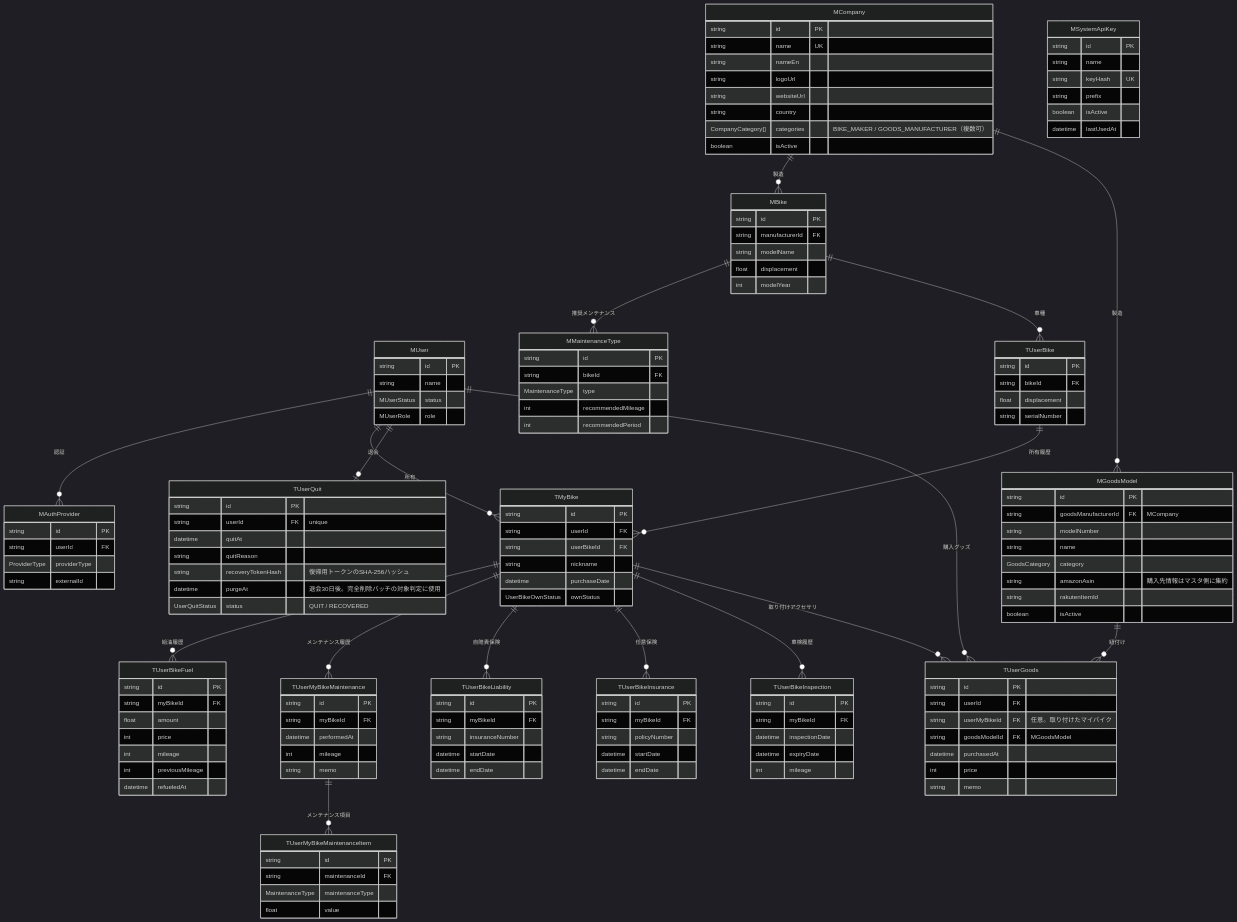
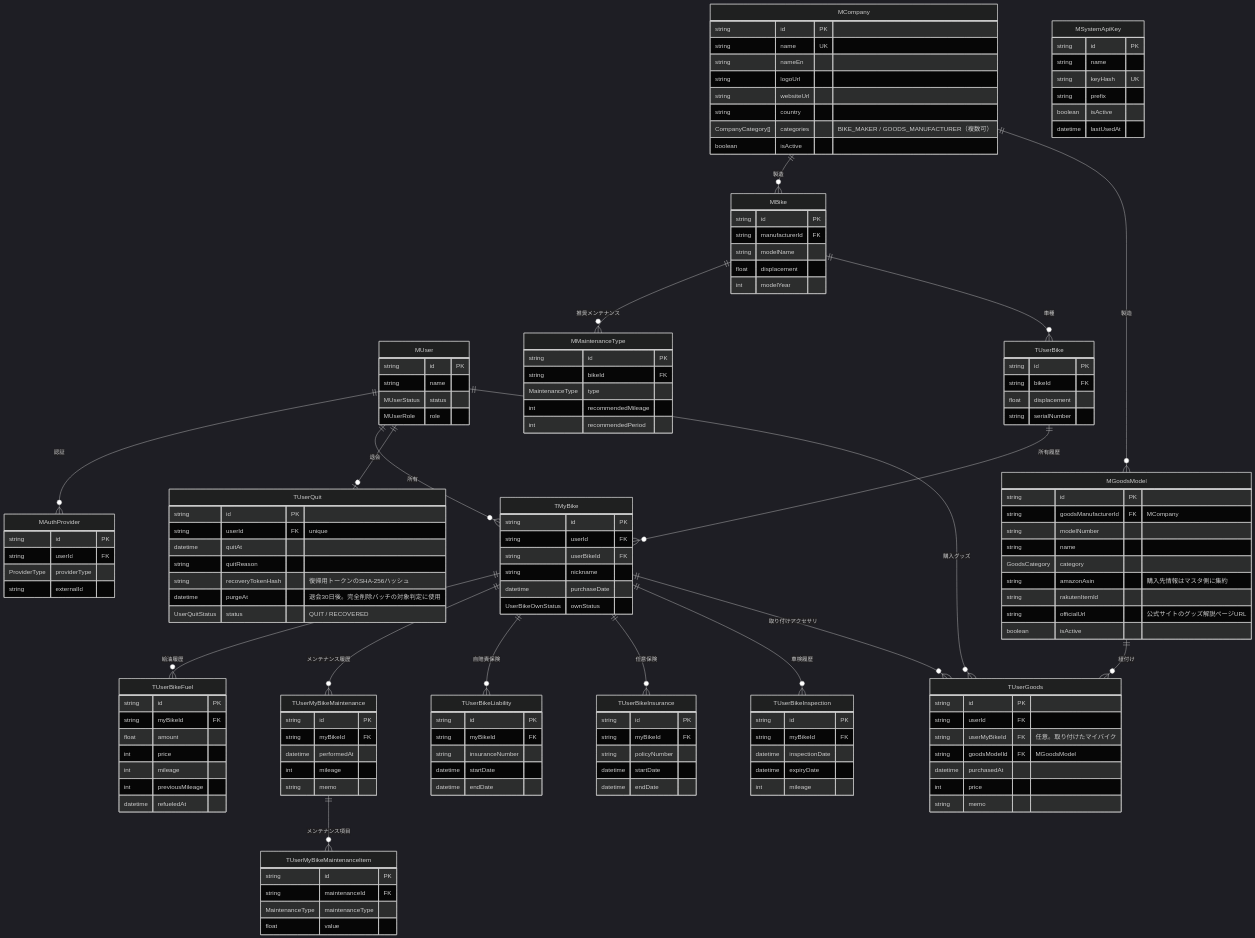
Before and after one commit to sakho13/moto-reco: the diagram in development/docs/02_design/db_schema.md, drawn with Mermaid (dark theme). The commit also changed 23 other files, not shown here.

```diff
--- a/development/docs/02_design/db_schema.md
+++ b/development/docs/02_design/db_schema.md
@@ -68,6 +68,7 @@
         GoodsCategory category
         string amazonAsin "購入先情報はマスタ側に集約"
         string rakutenItemId
+        string officialUrl "公式サイトのグッズ解説ページURL"
         boolean isActive
     }
 
```
